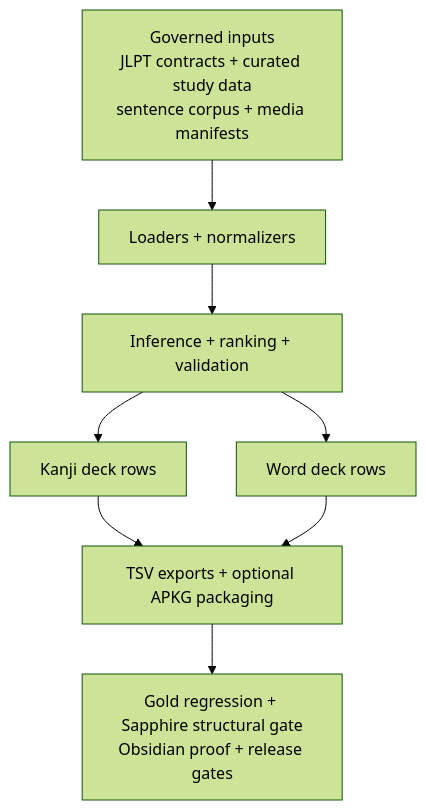
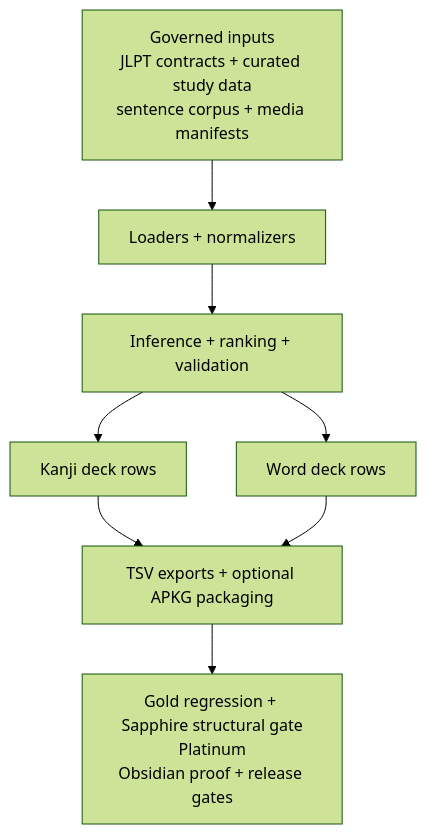
Before and after one commit to JeremiahM18/japanese-kanji-anki-builder: the first of 2 diagrams in README.md, drawn with Mermaid (forest theme). The commit also changed other lines of this file and 93 other files, not shown here.

Commit message:
fix(review): restore Sapphire and Platinum lane boundaries

````diff
--- a/README.md
+++ b/README.md
@@ -144,10 +143,10 @@
 ```mermaid
 flowchart TD
     A["Governed inputs<br/>JLPT contracts + curated study data<br/>sentence corpus + media manifests"] --> B["Loaders + normalizers"]
     B --> C["Inference + ranking + validation"]
     C --> D["Kanji deck rows"]
     C --> E["Word deck rows"]
     D --> F["TSV exports + optional APKG packaging"]
     E --> F
-    F --> G["Gold regression + Sapphire structural gate<br/>Obsidian proof + release gates"]
+    F --> G["Gold regression + Sapphire structural gate<br/>Platinum<br/>Obsidian proof + release gates"]
 ```
````
